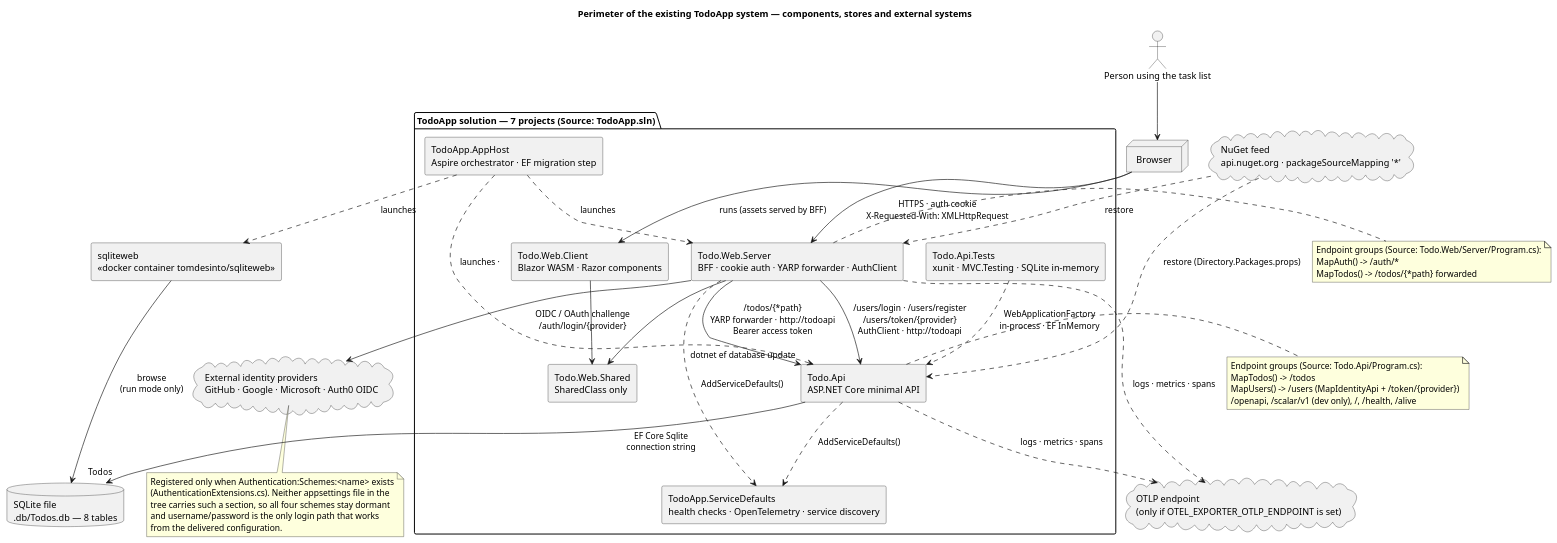
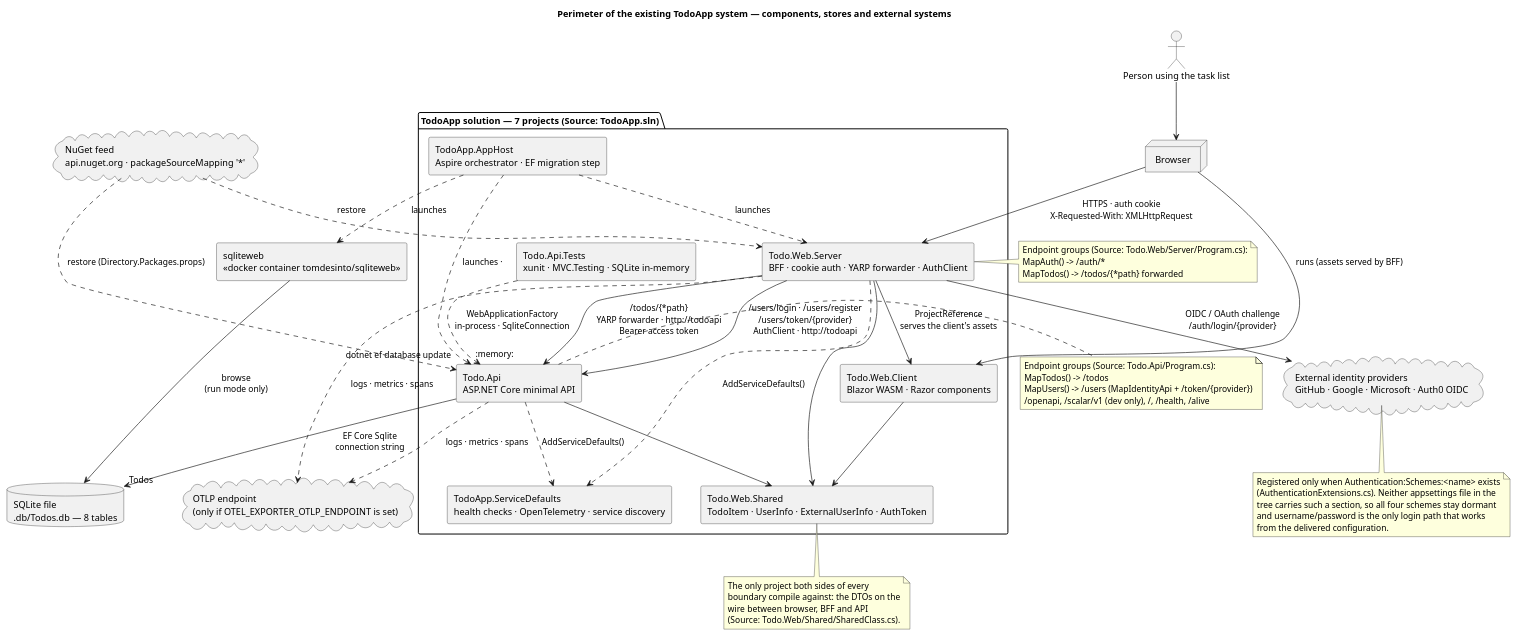
Before and after one commit to banense-test/TodoApp: the first of 3 diagrams in docs/artifacts/discovery/system-inventory.md, drawn with PlantUML. The commit also changed other lines of this file, not shown here.

````diff
--- a/docs/artifacts/discovery/system-inventory.md
+++ b/docs/artifacts/discovery/system-inventory.md
@@ -10,66 +10,74 @@
 ```plantuml
 @startuml
 title Perimeter of the existing TodoApp system — components, stores and external systems
 skinparam componentStyle rectangle
 skinparam shadowing false
 
 actor "Person using the task list" as USER
 
 package "TodoApp solution — 7 projects (Source: TodoApp.sln)" {
   component "Todo.Web.Client\nBlazor WASM · Razor components" as WASM
-  component "Todo.Web.Shared\nSharedClass only" as SHARED
+  component "Todo.Web.Shared\nTodoItem · UserInfo · ExternalUserInfo · AuthToken" as SHARED
   component "Todo.Web.Server\nBFF · cookie auth · YARP forwarder · AuthClient" as BFF
   component "Todo.Api\nASP.NET Core minimal API" as API
   component "TodoApp.ServiceDefaults\nhealth checks · OpenTelemetry · service discovery" as SD
   component "TodoApp.AppHost\nAspire orchestrator · EF migration step" as APPHOST
   component "Todo.Api.Tests\nxunit · MVC.Testing · SQLite in-memory" as TESTS
 }
 
 node "Browser" as BROWSER
 database "SQLite file\n.db/Todos.db — 8 tables" as DB
 component "sqliteweb\n<<docker container tomdesinto/sqliteweb>>" as SQLWEB
 cloud "External identity providers\nGitHub · Google · Microsoft · Auth0 OIDC" as EXT
 cloud "OTLP endpoint\n(only if OTEL_EXPORTER_OTLP_ENDPOINT is set)" as OTLP
 cloud "NuGet feed\napi.nuget.org · packageSourceMapping '*'" as NUGET
 
 USER --> BROWSER
 BROWSER --> WASM : runs (assets served by BFF)
 BROWSER --> BFF : HTTPS · auth cookie\nX-Requested-With: XMLHttpRequest
 BFF --> API : /todos/{*path}\nYARP forwarder · http://todoapi\nBearer access token
 BFF --> API : /users/login · /users/register\n/users/token/{provider}\nAuthClient · http://todoapi
 BFF --> EXT : OIDC / OAuth challenge\n/auth/login/{provider}
 API --> DB : EF Core Sqlite\nconnection string "Todos"
 SQLWEB --> DB : browse\n(run mode only)
 APPHOST ..> API : launches · "dotnet ef database update"
 APPHOST ..> BFF : launches
 APPHOST ..> SQLWEB : launches
 API ..> SD : AddServiceDefaults()
 BFF ..> SD : AddServiceDefaults()
-TESTS ..> API : WebApplicationFactory\nin-process · EF InMemory
+TESTS ..> API : WebApplicationFactory\nin-process · SqliteConnection ":memory:"
 API ..> OTLP : logs · metrics · spans
 BFF ..> OTLP : logs · metrics · spans
 NUGET ..> API : restore (Directory.Packages.props)
 NUGET ..> BFF : restore
+BFF --> WASM : ProjectReference\nserves the client's assets
+BFF --> SHARED
 WASM --> SHARED
-BFF --> SHARED
+API --> SHARED
 
 note right of API
   Endpoint groups (Source: Todo.Api/Program.cs):
   MapTodos() -> /todos
   MapUsers() -> /users (MapIdentityApi + /token/{provider})
   /openapi, /scalar/v1 (dev only), /, /health, /alive
 end note
 note right of BFF
   Endpoint groups (Source: Todo.Web/Server/Program.cs):
   MapAuth() -> /auth/*
   MapTodos() -> /todos/{*path} forwarded
 end note
+note bottom of SHARED
+  The only project both sides of every
+  boundary compile against: the DTOs on the
+  wire between browser, BFF and API
+  (Source: Todo.Web/Shared/SharedClass.cs).
+end note
 note bottom of EXT
   Registered only when Authentication:Schemes:<name> exists
   (AuthenticationExtensions.cs). Neither appsettings file in the
   tree carries such a section, so all four schemes stay dormant
   and username/password is the only login path that works
   from the delivered configuration.
 end note
 @enduml
 ```
````
